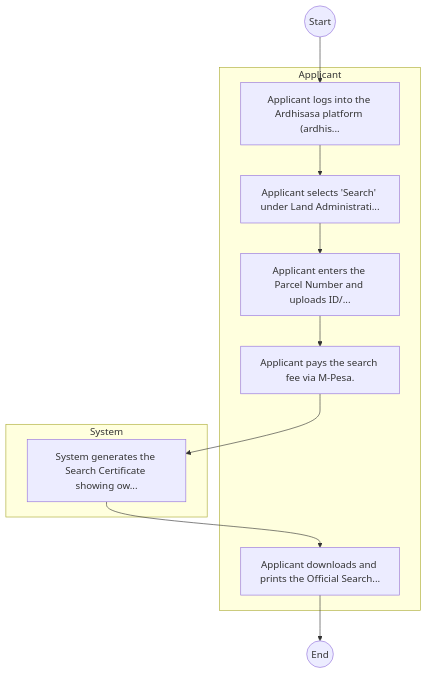
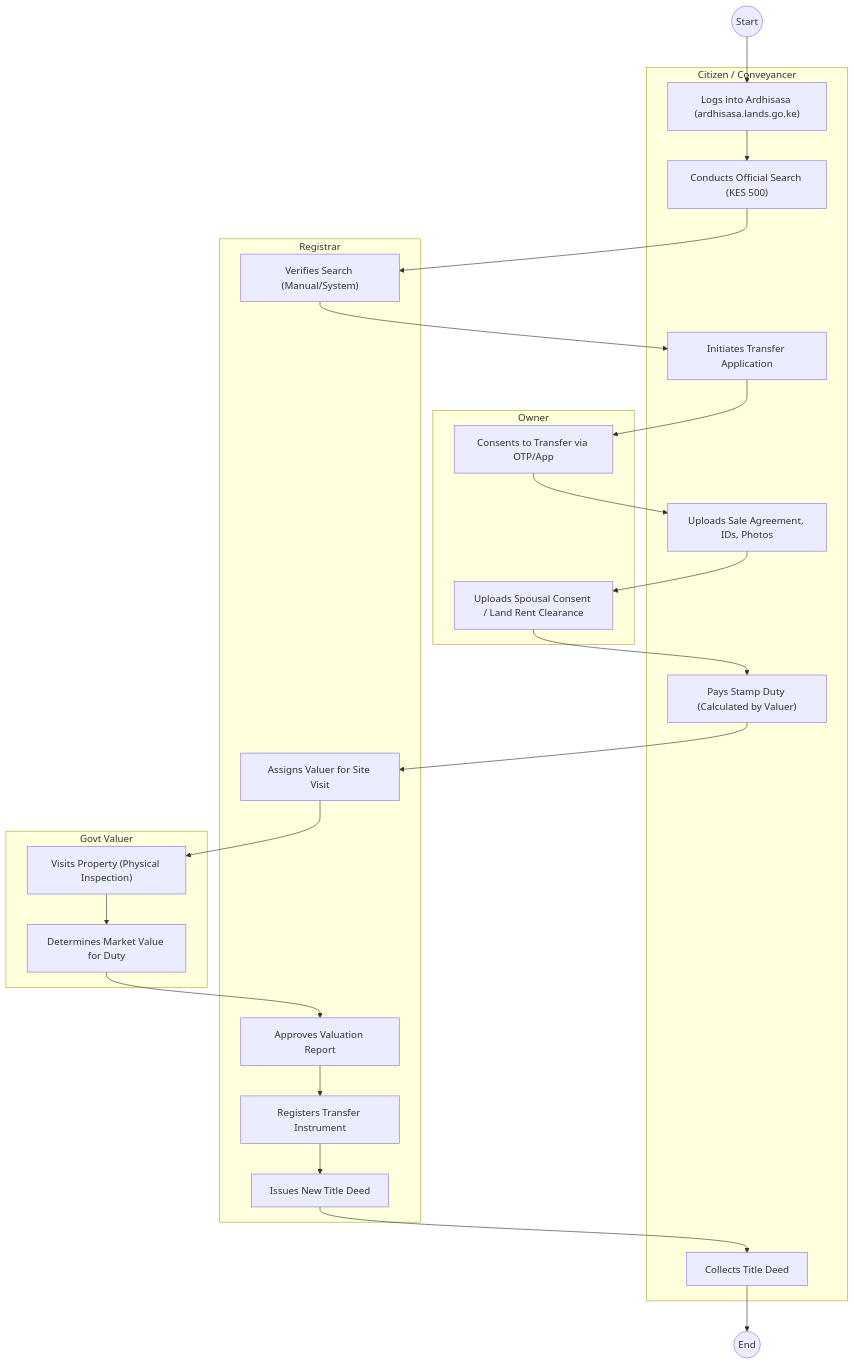
One commit to BITZ-IT-Consulting-LTD/ictapoc changed the first of 2 diagrams in mdas/docs_final/STATE_DEPARTMENT_FOR_LANDS_AND_PHYSICAL_PLANNING___Service_Delivery.md. Above: the diagram before and after it, drawn with Mermaid. The commit also changed other lines of this file and 60 other files, not shown here.

````diff
--- a/mdas/docs_final/STATE_DEPARTMENT_FOR_LANDS_AND_PHYSICAL_PLANNING___Service_Delivery.md
+++ b/mdas/docs_final/STATE_DEPARTMENT_FOR_LANDS_AND_PHYSICAL_PLANNING___Service_Delivery.md
@@ -20,20 +20,43 @@
 ```mermaid
 graph TD
     Start((Start)) --> S1
-    subgraph Applicant [Applicant]
-        S1["Applicant logs into the Ardhisasa platform (ardhis..."]
-        S2["Applicant selects 'Search' under Land Administrati..."]
-        S3["Applicant enters the Parcel Number and uploads ID/..."]
-        S4["Applicant pays the search fee via M-Pesa."]
-        S6["Applicant downloads and prints the Official Search..."]
+    subgraph Buyer [Citizen / Conveyancer]
+        S1["Logs into Ardhisasa (ardhisasa.lands.go.ke)"]
+        S2["Conducts Official Search (KES 500)"]
+        S3["Initiates Transfer Application"]
+        S4["Uploads Sale Agreement, IDs, Photos"]
+        S5["Pays Stamp Duty (Calculated by Valuer)"]
+        S10["Collects Title Deed"]
     end
-    subgraph System [System]
-        S5["System generates the Search Certificate showing ow..."]
+    subgraph Seller [Owner]
+        S3a["Consents to Transfer via OTP/App"]
+        S4a["Uploads Spousal Consent / Land Rent Clearance"]
     end
+    subgraph LandsOfficer [Registrar]
+        S2a["Verifies Search (Manual/System)"]
+        S6["Assigns Valuer for Site Visit"]
+        S7["Approves Valuation Report"]
+        S8["Registers Transfer Instrument"]
+        S9["Issues New Title Deed"]
+    end
+    subgraph Valuer [Govt Valuer]
+        S6a["Visits Property (Physical Inspection)"]
+        S6b["Determines Market Value for Duty"]
+    end
+    
     S1 --> S2
-    S2 --> S3
-    S3 --> S4
-    S4 --> S5
+    S2 --> S2a
+    S2a --> S3
+    S3 --> S3a
+    S3a --> S4
+    S4 --> S4a
+    S4a --> S5
     S5 --> S6
-    S6 --> End((End))
+    S6 --> S6a
+    S6a --> S6b
+    S6b --> S7
+    S7 --> S8
+    S8 --> S9
+    S9 --> S10
+    S10 --> End((End))
 ```
````
